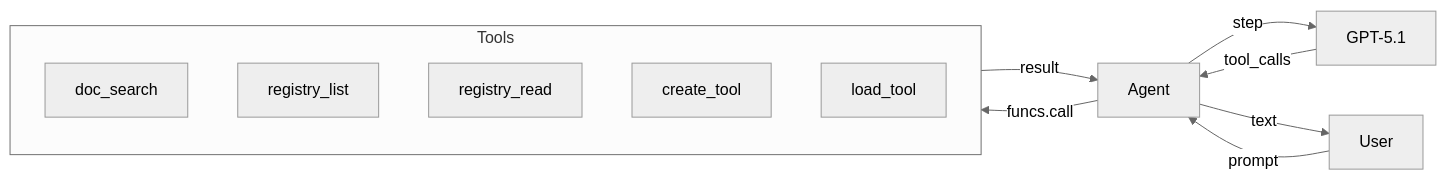
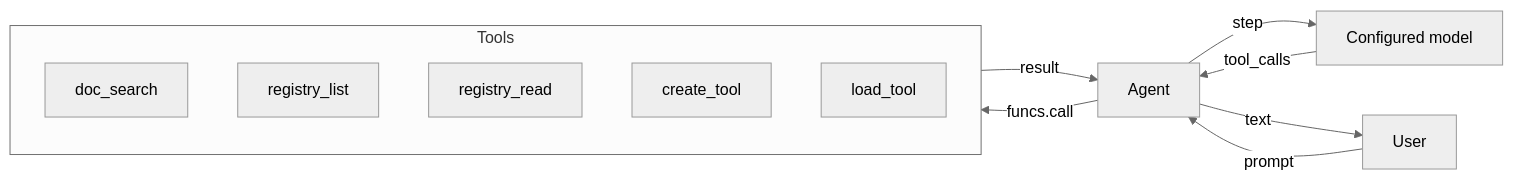
Before and after one commit to wippyai/docs: the first of 4 diagrams in de/tutorials/micro-agi.md, drawn with Mermaid (neutral theme). The commit also changed other lines of this file and 870 other files, not shown here.

````diff
--- a/de/tutorials/micro-agi.md
+++ b/de/tutorials/micro-agi.md
@@ -19,17 +25,17 @@
 ```mermaid
 flowchart LR
     User -->|prompt| Agent
-    Agent -->|step| LLM[GPT-5.1]
+    Agent -->|step| LLM[Configured model]
     LLM -->|tool_calls| Agent
     Agent -->|funcs.call| Tools
     Tools -->|result| Agent
     Agent -->|text| User
 
     subgraph Tools
         doc_search
         registry_list
         registry_read
         create_tool
         load_tool
     end
 ```
````
